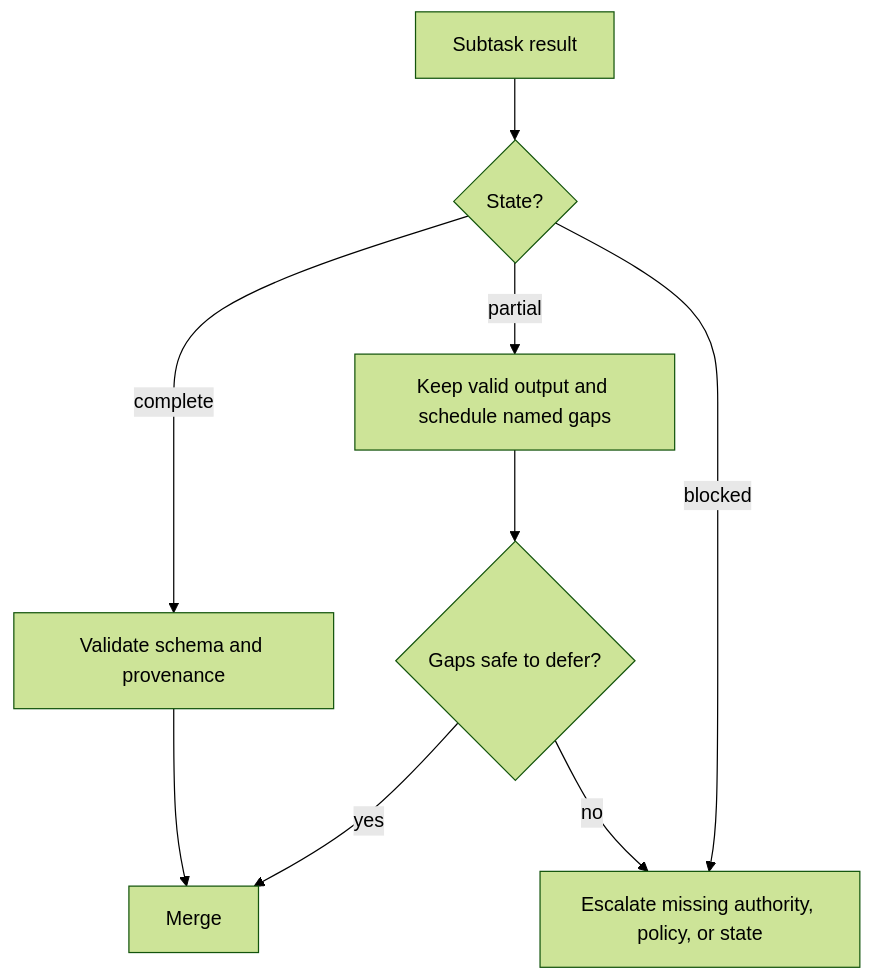
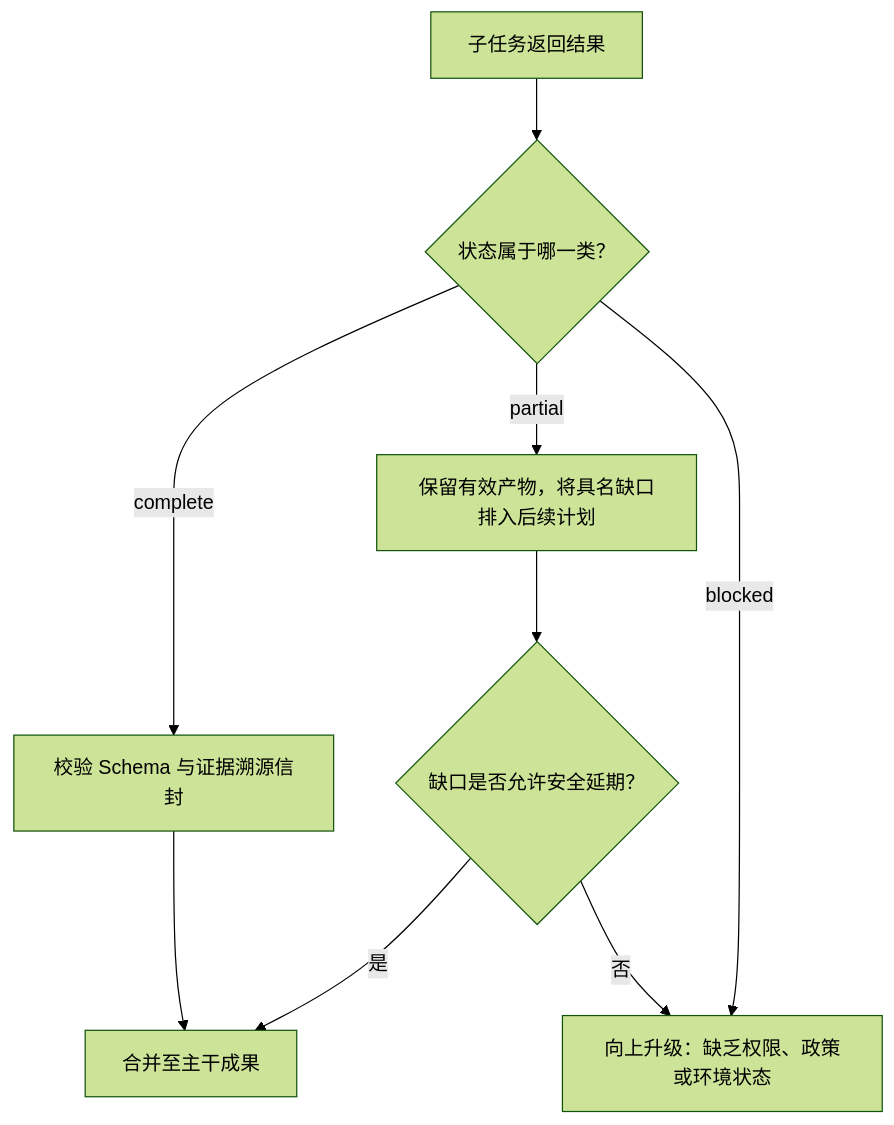
The diagram in certifications/claude/lessons/21-long-context-reliability-provenance-and-escalation/docs/en.md (cluster1900/ai-engineering-from-scratch-zh), drawn with Mermaid (forest theme) before and after one commit. The commit also changed other lines of this file and 187 other files, not shown here.

````diff
--- a/certifications/claude/lessons/21-long-context-reliability-provenance-and-escalation/docs/en.md
+++ b/certifications/claude/lessons/21-long-context-reliability-provenance-and-escalation/docs/en.md
@@ -141,11 +141,11 @@
 ```mermaid
 flowchart TD
-    A["Subtask result"] --> B{"State?"}
-    B -->|"complete"| C["Validate schema and provenance"]
-    B -->|"partial"| D["Keep valid output and schedule named gaps"]
-    B -->|"blocked"| E["Escalate missing authority, policy, or state"]
-    C --> F["Merge"]
-    D --> G{"Gaps safe to defer?"}
-    G -->|"yes"| F
-    G -->|"no"| E
+    A["子任务返回结果"] --> B{"状态属于哪一类？"}
+    B -->|"complete"| C["校验 Schema 与证据溯源信封"]
+    B -->|"partial"| D["保留有效产物，将具名缺口排入后续计划"]
+    B -->|"blocked"| E["向上升级：缺乏权限、政策或环境状态"]
+    C --> F["合并至主干成果"]
+    D --> G{"缺口是否允许安全延期？"}
+    G -->|"是"| F
+    G -->|"否"| E
 ```
````
